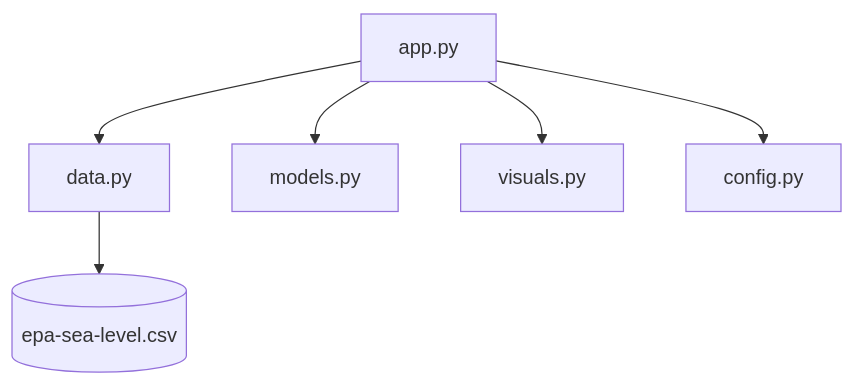
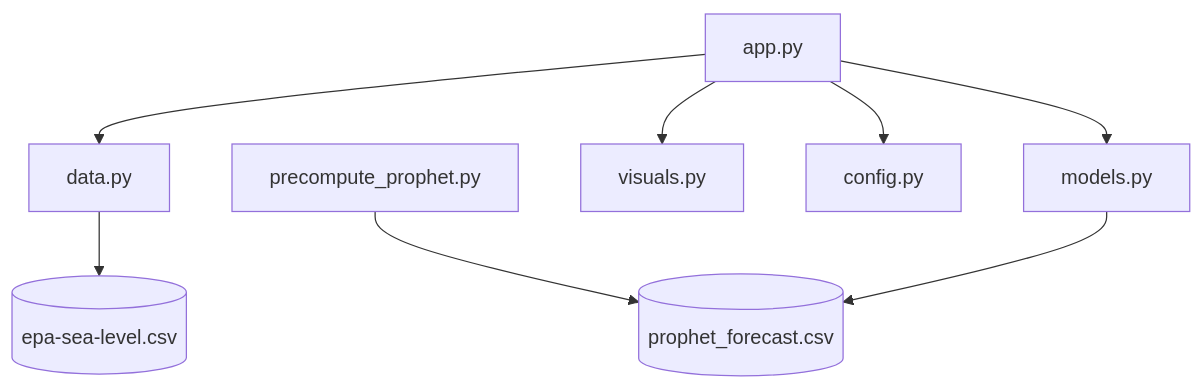
Before and after one commit to sahmed0/sea-level-app: the diagram in README.md, drawn with Mermaid. The commit also changed other lines of this file, not shown here.

````diff
--- a/README.md
+++ b/README.md
@@ -69,8 +69,10 @@
 ```mermaid
 graph TD
     A[app.py] --> B[data.py]
     A --> C[models.py]
     A --> D[visuals.py]
     A --> E[config.py]
     B --> F[(epa-sea-level.csv)]
+    G[precompute_prophet.py] --> H[(prophet_forecast.csv)]
+    C --> H
 ```
````
